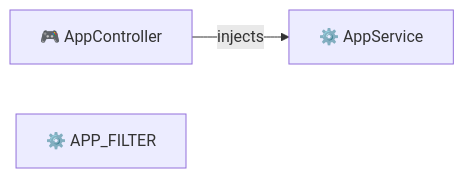
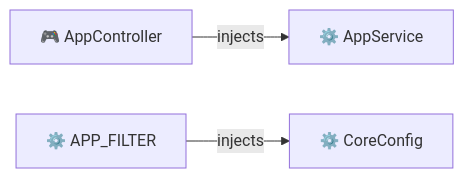
One commit to anechka002/blogger_platform_nest_sql changed the third of 16 diagrams in nest-graph.md. Above: the diagram before and after it, drawn with Mermaid. The commit also changed other lines of this file and 18 other files, not shown here.

Commit message:
feat: add ConfigModule and integrate app configuration

````diff
--- a/nest-graph.md
+++ b/nest-graph.md
@@ -139,7 +159,9 @@
 ```mermaid
 graph LR
   AppController["🎮 AppController"]
   AppService["⚙️ AppService"]
   APP_FILTER["⚙️ APP_FILTER"]
+  CoreConfig["⚙️ CoreConfig"]
   AppController -->|injects| AppService
+  APP_FILTER -->|injects| CoreConfig
 ```
````
